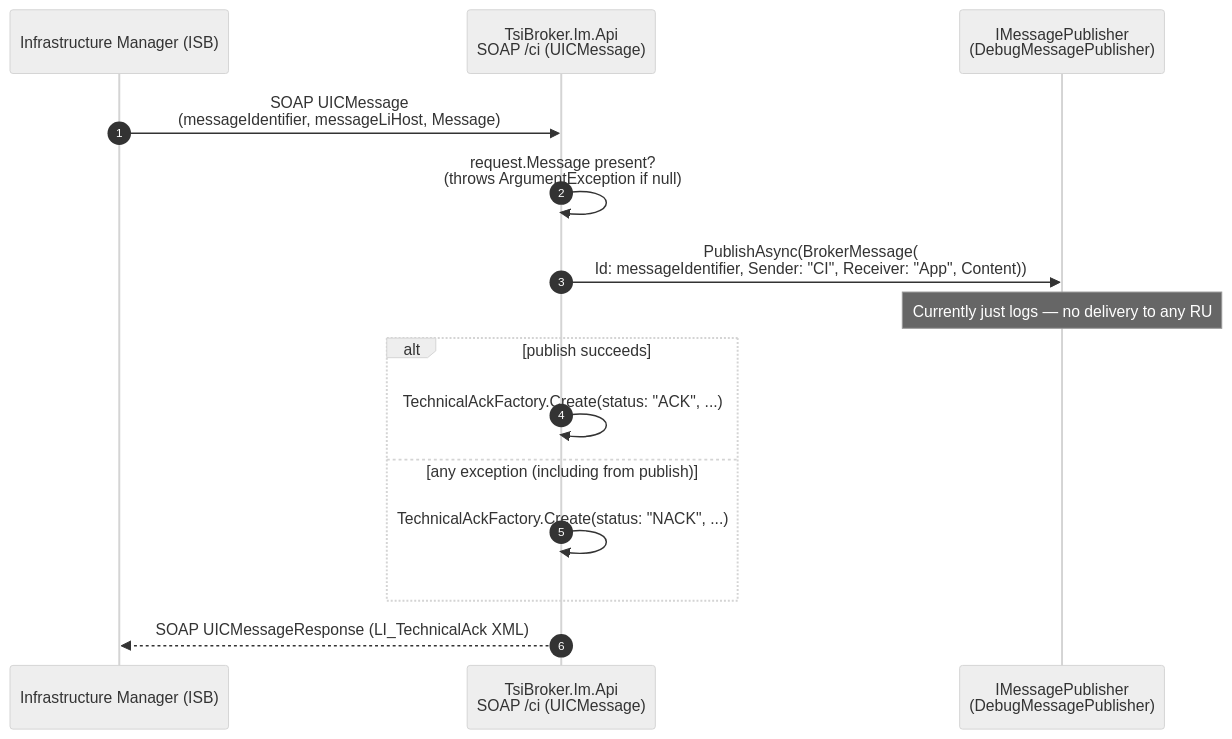
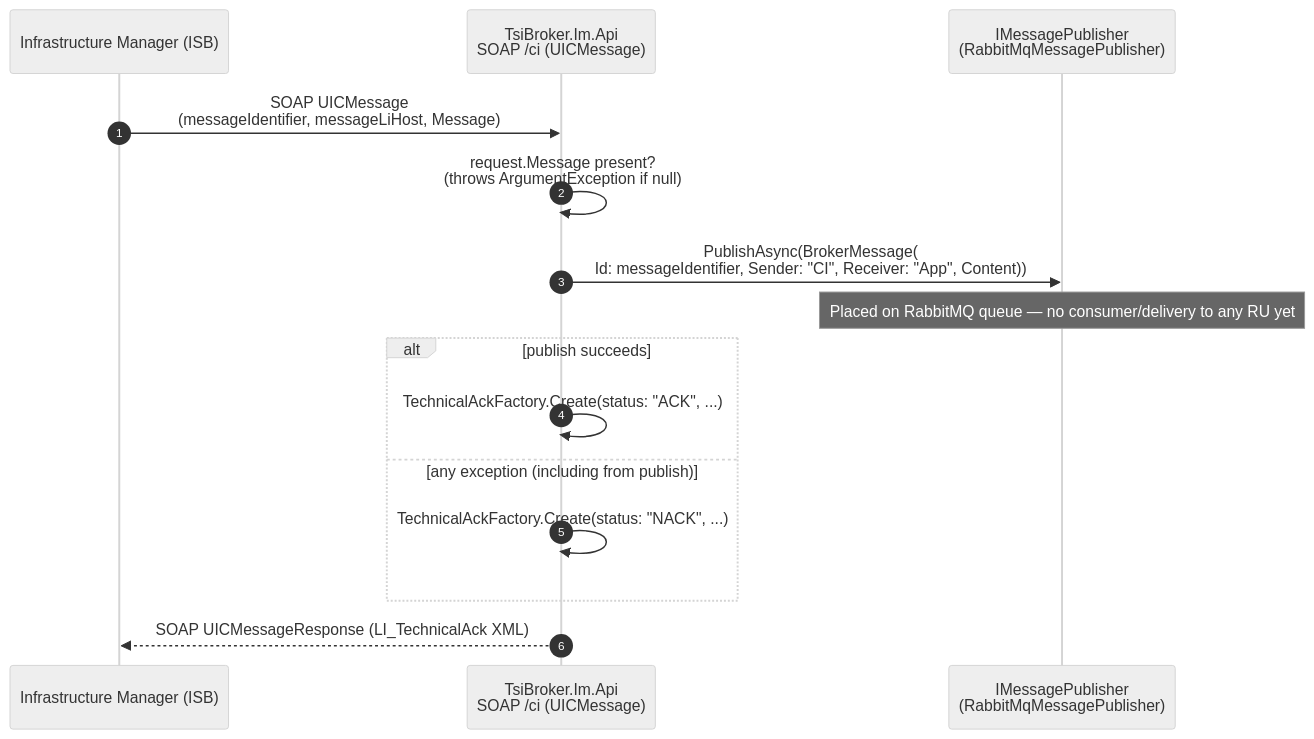
Before and after one commit to AmIHang/TsiBroker-V2: the second of 3 diagrams in wiki/Business-Flow.md, drawn with Mermaid (neutral theme). The commit also changed other lines of this file and 10 other files, not shown here.

Commit message:
feat: add message publisher

````diff
--- a/wiki/Business-Flow.md
+++ b/wiki/Business-Flow.md
@@ -56,18 +56,18 @@
 ```mermaid
 sequenceDiagram
     autonumber
     participant IM as Infrastructure Manager (ISB)
     participant ImApi as TsiBroker.Im.Api<br/>SOAP /ci (UICMessage)
-    participant Pub as IMessagePublisher<br/>(DebugMessagePublisher)
+    participant Pub as IMessagePublisher<br/>(RabbitMqMessagePublisher)
 
     IM->>ImApi: SOAP UICMessage<br/>(messageIdentifier, messageLiHost, Message)
     ImApi->>ImApi: request.Message present?<br/>(throws ArgumentException if null)
     ImApi->>Pub: PublishAsync(BrokerMessage(<br/>Id: messageIdentifier, Sender: "CI", Receiver: "App", Content))
-    Note over Pub: Currently just logs — no delivery to any RU
+    Note over Pub: Placed on RabbitMQ queue — no consumer/delivery to any RU yet
     alt publish succeeds
         ImApi->>ImApi: TechnicalAckFactory.Create(status: "ACK", ...)
     else any exception (including from publish)
         ImApi->>ImApi: TechnicalAckFactory.Create(status: "NACK", ...)
     end
     ImApi-->>IM: SOAP UICMessageResponse (LI_TechnicalAck XML)
 ```
````
